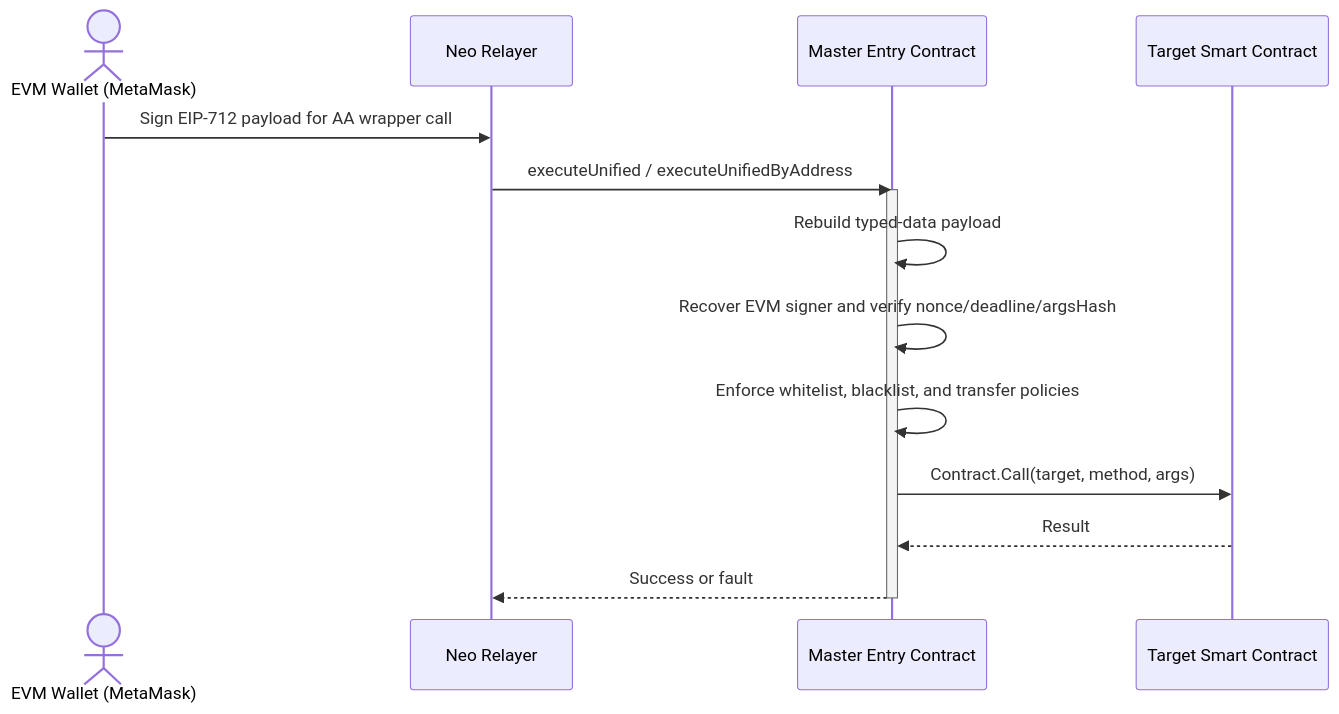
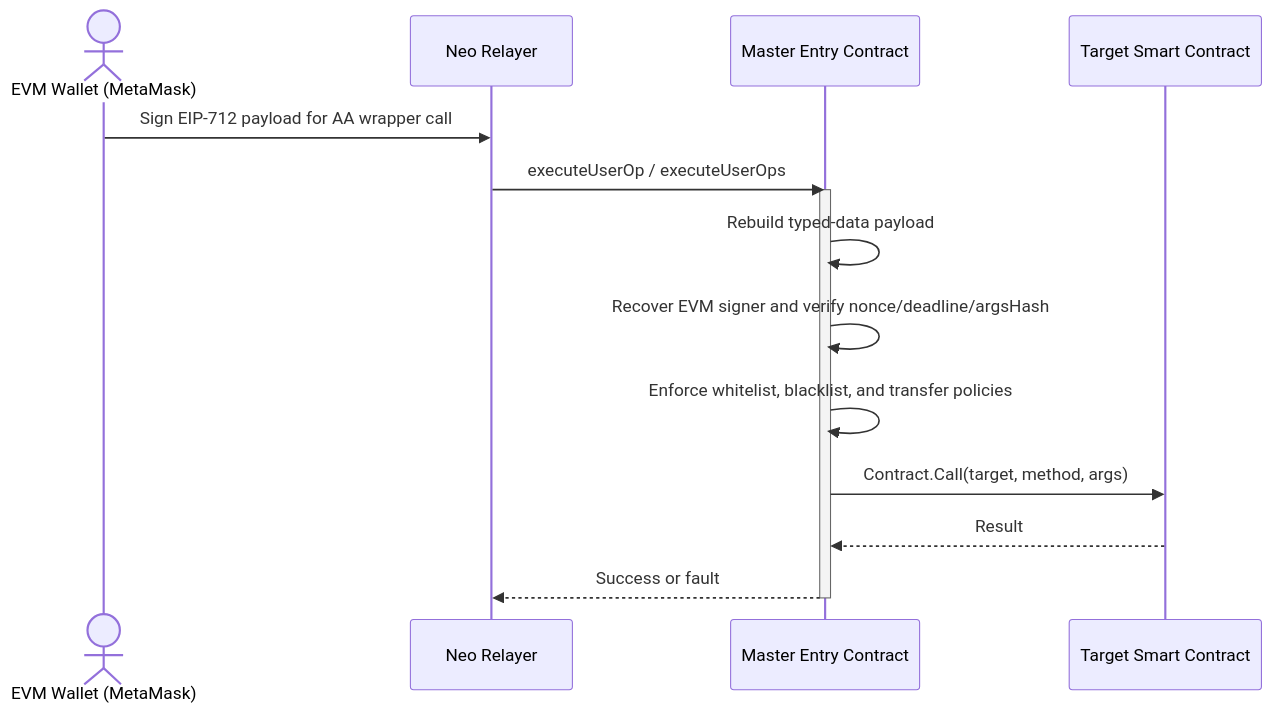
The fourth of 4 diagrams in docs/WORKFLOWS.md (RustForNeo/neo-os-aa), drawn with Mermaid before and after one commit. The commit also changed other lines of this file and 7 other files, not shown here.

Commit message:
docs(aa): replace the removed wrapper calls with executeUserOp

````diff
--- a/docs/WORKFLOWS.md
+++ b/docs/WORKFLOWS.md
@@ -116,18 +116,18 @@
 ```mermaid
 sequenceDiagram
     actor EVM as EVM Wallet (MetaMask)
     participant Relayer as Neo Relayer
     participant Master as Master Entry Contract
     participant Target as Target Smart Contract
 
     EVM->>Relayer: Sign EIP-712 payload for AA wrapper call
-    Relayer->>Master: executeUnified / executeUnifiedByAddress
+    Relayer->>Master: executeUserOp / executeUserOps
     activate Master
     Master->>Master: Rebuild typed-data payload
     Master->>Master: Recover EVM signer and verify nonce/deadline/argsHash
     Master->>Master: Enforce whitelist, blacklist, and transfer policies
     Master->>Target: Contract.Call(target, method, args)
     Target-->>Master: Result
     Master-->>Relayer: Success or fault
     deactivate Master
 ```
````
